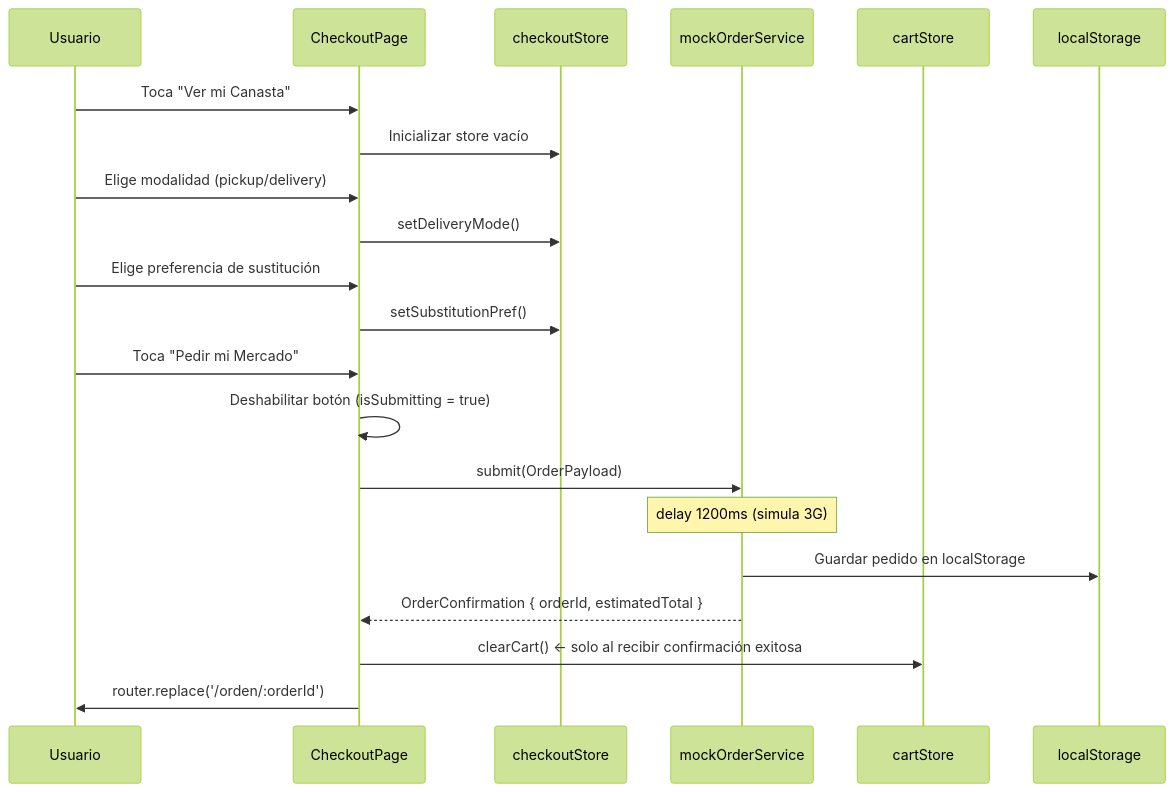
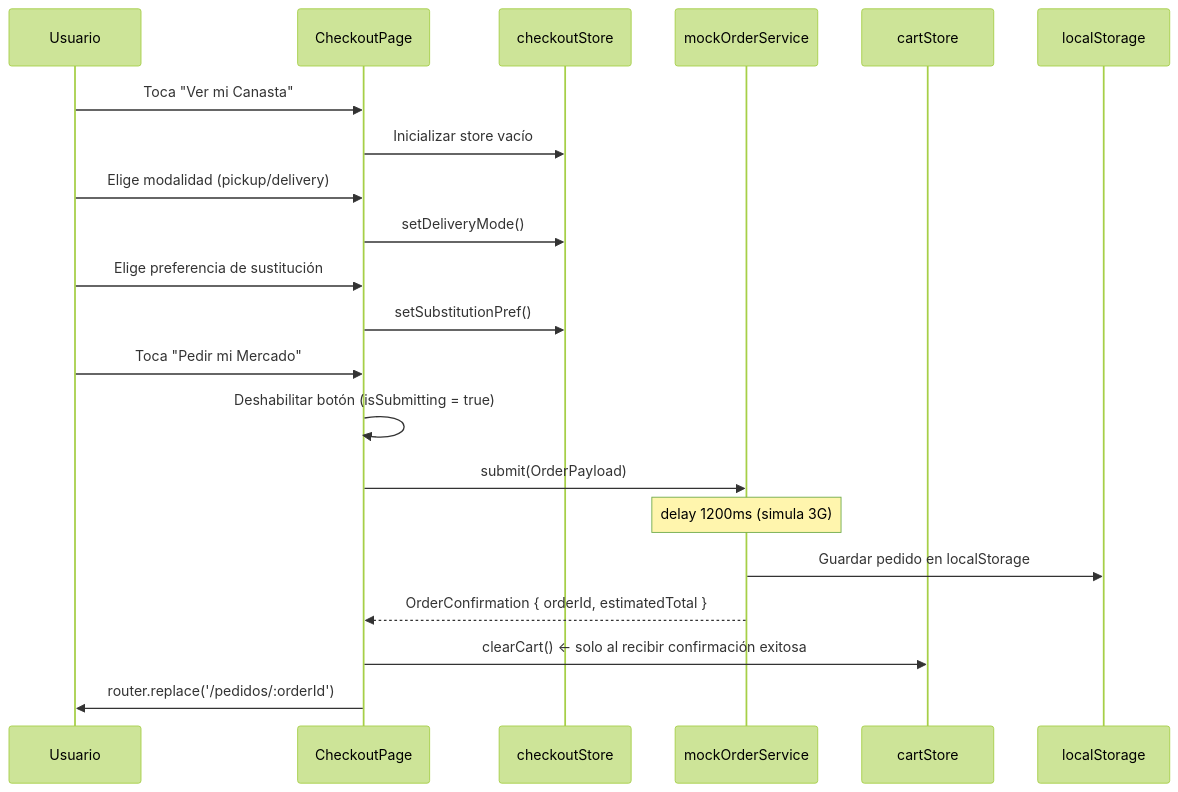
The fourth of 5 diagrams in docs/demo-maui-pwa-rfc.md (NixonGamboa/marketplace), drawn with Mermaid (forest theme) before and after one commit. The commit also changed other lines of this file and 11 other files, not shown here.

````diff
--- a/docs/demo-maui-pwa-rfc.md
+++ b/docs/demo-maui-pwa-rfc.md
@@ -423,24 +423,24 @@
 ```mermaid
 sequenceDiagram
     participant U as Usuario
     participant CKP as CheckoutPage
     participant CKS as checkoutStore
     participant MOS as mockOrderService
     participant CS as cartStore
     participant LS as localStorage
 
     U->>CKP: Toca "Ver mi Canasta"
     CKP->>CKS: Inicializar store vacío
     U->>CKP: Elige modalidad (pickup/delivery)
     CKP->>CKS: setDeliveryMode()
     U->>CKP: Elige preferencia de sustitución
     CKP->>CKS: setSubstitutionPref()
     U->>CKP: Toca "Pedir mi Mercado"
     CKP->>CKP: Deshabilitar botón (isSubmitting = true)
     CKP->>MOS: submit(OrderPayload)
     Note over MOS: delay 1200ms (simula 3G)
     MOS->>LS: Guardar pedido en localStorage
     MOS-->>CKP: OrderConfirmation { orderId, estimatedTotal }
     CKP->>CS: clearCart() ← solo al recibir confirmación exitosa
-    CKP->>U: router.replace('/orden/:orderId')
+    CKP->>U: router.replace('/pedidos/:orderId')
 ```
````
